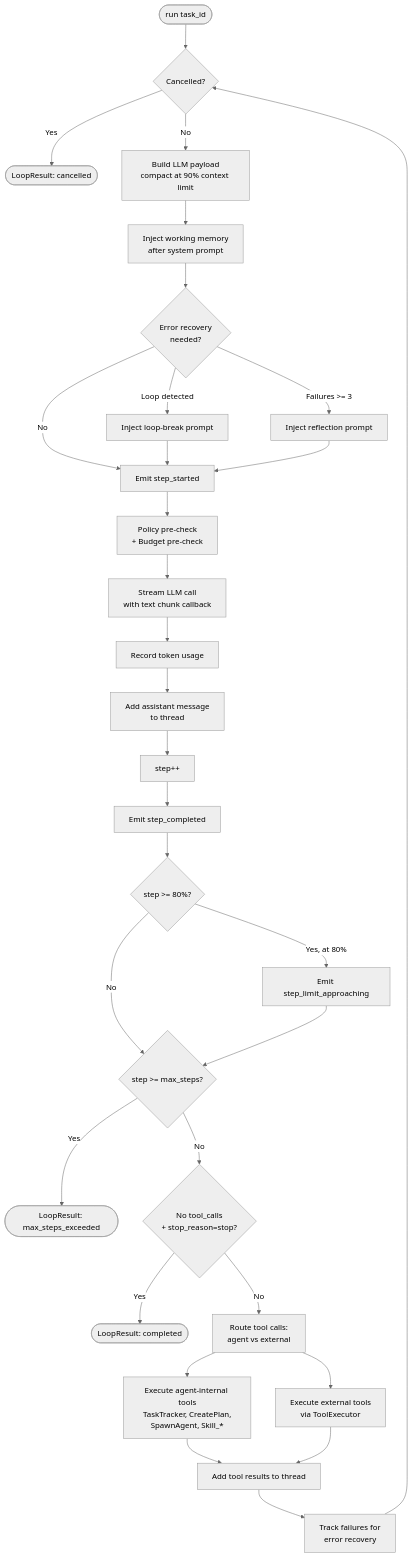
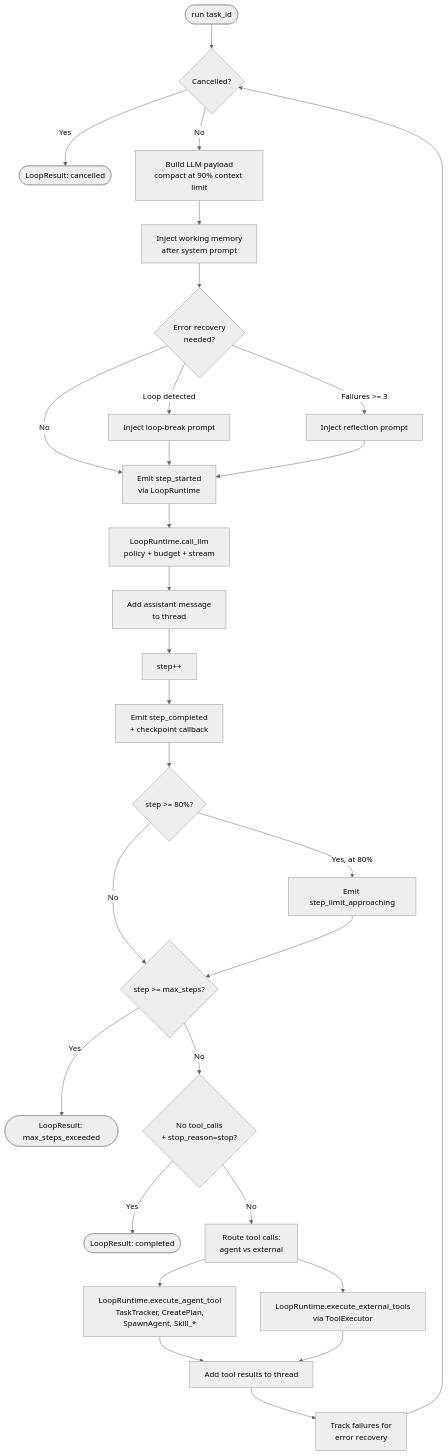
The fourth of 24 diagrams in docs/agent-loop-architecture.md (suman724/cowork-agent-runtime), drawn with Mermaid (neutral theme) before and after one commit. The commit also changed other lines of this file and 15 other files, not shown here.

First line of the commit message:
refactor(loop): decompose AgentLoop into LoopRuntime + LoopStrategy + ReactLoop (#33)

````diff
--- a/docs/agent-loop-architecture.md
+++ b/docs/agent-loop-architecture.md
@@ -238,46 +283,44 @@
 ```mermaid
 flowchart TD
     Start([run task_id]) --> CheckCancel{Cancelled?}
     CheckCancel -->|Yes| ReturnCancelled([LoopResult: cancelled])
     CheckCancel -->|No| BuildMessages[Build LLM payload<br/>compact at 90% context limit]
 
     BuildMessages --> InjectWM[Inject working memory<br/>after system prompt]
     InjectWM --> InjectER{Error recovery<br/>needed?}
     InjectER -->|Loop detected| InjectLoop[Inject loop-break prompt]
     InjectER -->|Failures >= 3| InjectReflect[Inject reflection prompt]
-    InjectER -->|No| EmitStep[Emit step_started]
+    InjectER -->|No| EmitStep[Emit step_started<br/>via LoopRuntime]
 
     InjectLoop --> EmitStep
     InjectReflect --> EmitStep
 
-    EmitStep --> PolicyCheck[Policy pre-check<br/>+ Budget pre-check]
-    PolicyCheck --> StreamLLM[Stream LLM call<br/>with text chunk callback]
+    EmitStep --> CallLLM[LoopRuntime.call_llm<br/>policy + budget + stream]
 
-    StreamLLM --> RecordTokens[Record token usage]
-    RecordTokens --> AddAssistant[Add assistant message<br/>to thread]
+    CallLLM --> AddAssistant[Add assistant message<br/>to thread]
 
     AddAssistant --> IncrStep[step++]
-    IncrStep --> EmitCompleted[Emit step_completed]
+    IncrStep --> EmitCompleted[Emit step_completed<br/>+ checkpoint callback]
 
     EmitCompleted --> CheckLimit{step >= 80%?}
     CheckLimit -->|Yes, at 80%| EmitWarning[Emit step_limit_approaching]
     CheckLimit -->|No| CheckMax
 
     EmitWarning --> CheckMax{step >= max_steps?}
     CheckMax -->|Yes| ReturnMax([LoopResult: max_steps_exceeded])
     CheckMax -->|No| CheckDone
 
     CheckDone{No tool_calls<br/>+ stop_reason=stop?}
     CheckDone -->|Yes| ReturnDone([LoopResult: completed])
     CheckDone -->|No| RouteCalls
 
     RouteCalls[Route tool calls:<br/>agent vs external]
-    RouteCalls --> ExecAgent[Execute agent-internal tools<br/>TaskTracker, CreatePlan,<br/>SpawnAgent, Skill_*]
-    RouteCalls --> ExecExternal[Execute external tools<br/>via ToolExecutor]
+    RouteCalls --> ExecAgent[LoopRuntime.execute_agent_tool<br/>TaskTracker, CreatePlan,<br/>SpawnAgent, Skill_*]
+    RouteCalls --> ExecExternal[LoopRuntime.execute_external_tools<br/>via ToolExecutor]
 
     ExecAgent --> AddResults[Add tool results to thread]
     ExecExternal --> AddResults
 
     AddResults --> TrackErrors[Track failures for<br/>error recovery]
     TrackErrors --> CheckCancel
 ```
````
